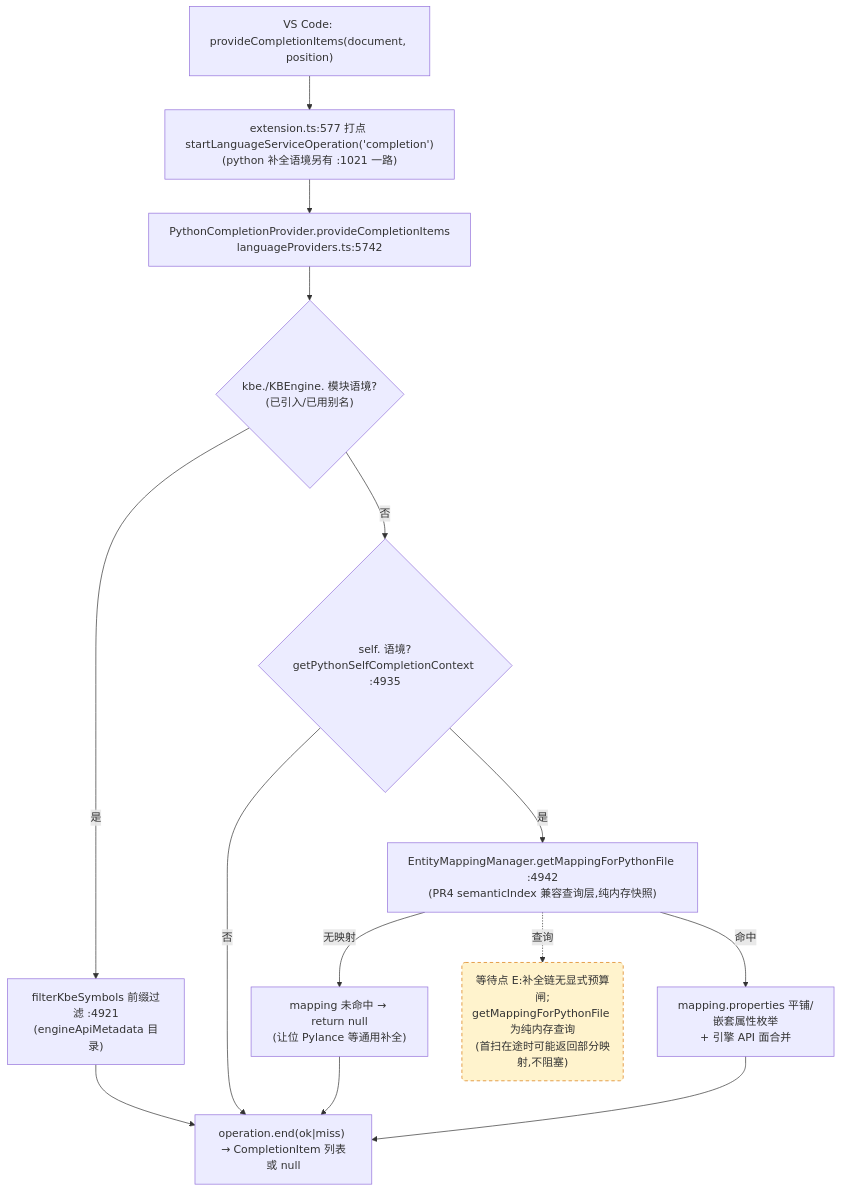
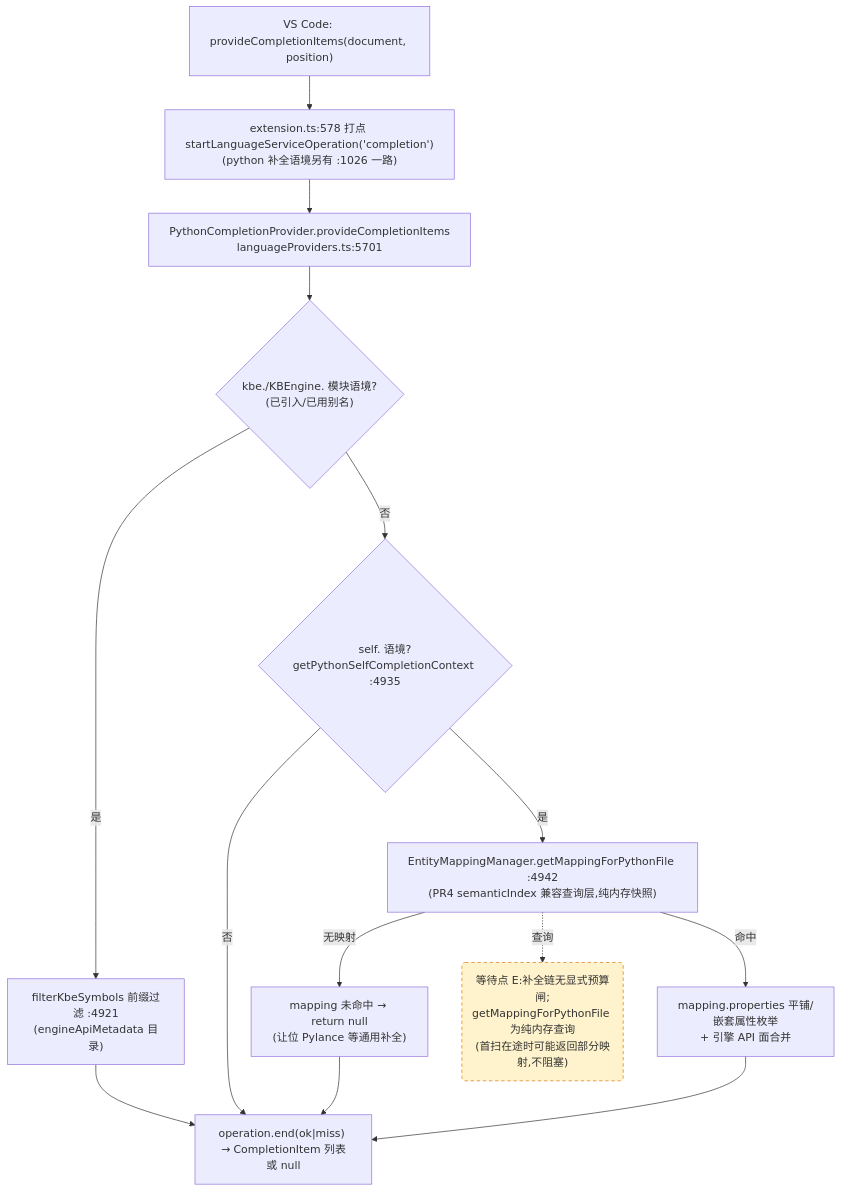
The third of 4 diagrams in docs/perf/2026-baseline.md (cuihairu/kode), drawn with Mermaid before and after one commit. The commit also changed other lines of this file and 9 other files, not shown here.

````diff
--- a/docs/perf/2026-baseline.md
+++ b/docs/perf/2026-baseline.md
@@ -184,27 +184,27 @@
 ```mermaid
 flowchart TD
   VC3["VS Code: provideCompletionItems(document, position)"]
-  M3["extension.ts:577 打点 startLanguageServiceOperation('completion')<br/>(python 补全语境另有 :1021 一路)"]
-  CP["PythonCompletionProvider.provideCompletionItems<br/>languageProviders.ts:5742"]
+  M3["extension.ts:578 打点 startLanguageServiceOperation('completion')<br/>(python 补全语境另有 :1026 一路)"]
+  CP["PythonCompletionProvider.provideCompletionItems<br/>languageProviders.ts:5701"]
   KBEC{"kbe./KBEngine. 模块语境?<br/>(已引入/已用别名)"}
   FILTER["filterKbeSymbols 前缀过滤 :4921<br/>(engineApiMetadata 目录)"]
   SELFC{"self. 语境?<br/>getPythonSelfCompletionContext :4935"}
   MAP["EntityMappingManager.getMappingForPythonFile :4942<br/>(PR4 semanticIndex 兼容查询层,纯内存快照)"]
   NOMAP["mapping 未命中 → return null<br/>(让位 Pylance 等通用补全)"]
   PROPS["mapping.properties 平铺/嵌套属性枚举<br/>+ 引擎 API 面合并"]
   END3["operation.end(ok|miss) → CompletionItem 列表或 null"]
 
   VC3 --> M3 --> CP --> KBEC
   KBEC -- "是" --> FILTER --> END3
   KBEC -- "否" --> SELFC
   SELFC -- "否" --> END3
   SELFC -- "是" --> MAP
   MAP -- "无映射" --> NOMAP --> END3
   MAP -- "命中" --> PROPS --> END3
 
   WAITE("等待点 E:补全链无显式预算闸;<br/>getMappingForPythonFile 为纯内存查询<br/>(首扫在途时可能返回部分映射,不阻塞)")
   MAP -.->|查询| WAITE
 
   classDef waitPoint fill:#fff3cd,stroke:#d97706,stroke-dasharray:5 4;
   class WAITE waitPoint;
 ```
````
